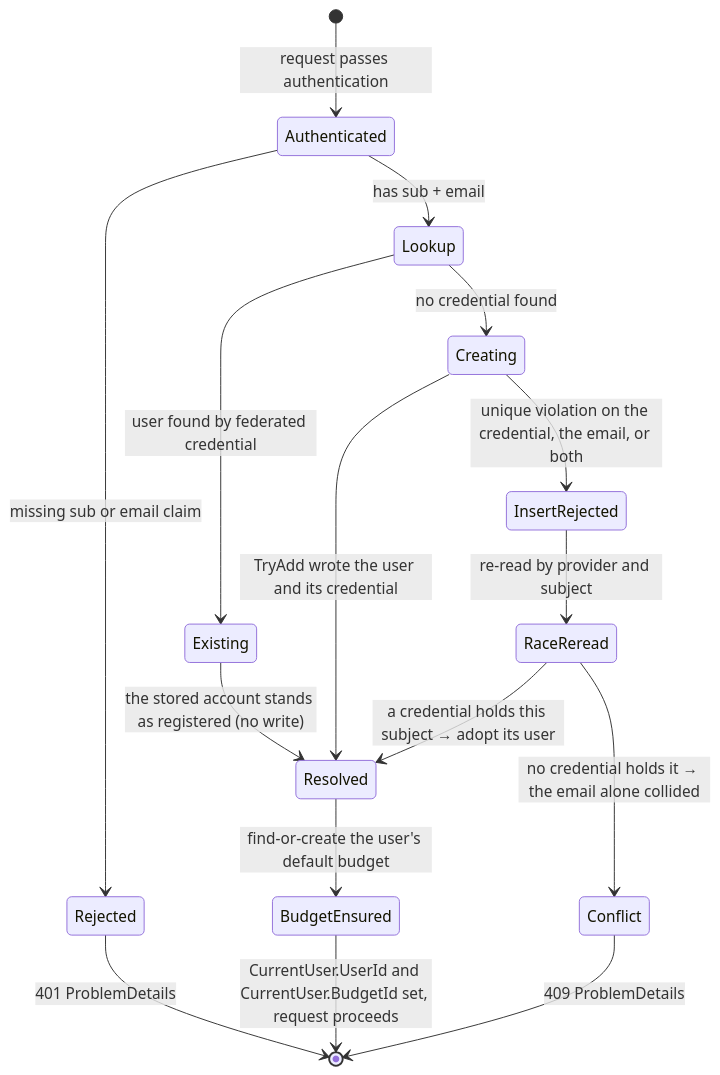
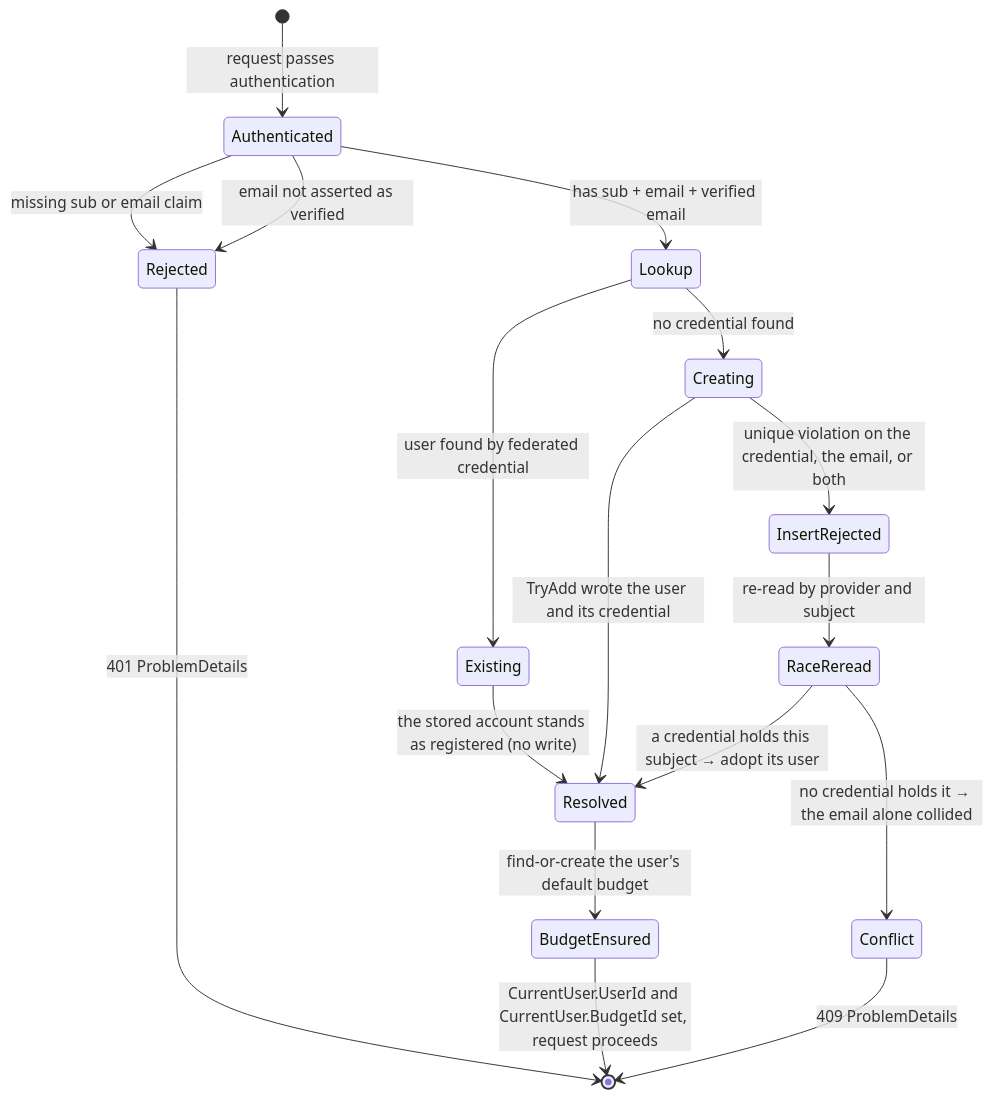
One commit to anton-kochev/budgetoid changed the second of 2 diagrams in docs/business-logic/users-and-ownership.md. Above: the diagram before and after it, drawn with Mermaid. The commit also changed other lines of this file and 5 other files, not shown here.

````diff
--- a/docs/business-logic/users-and-ownership.md
+++ b/docs/business-logic/users-and-ownership.md
@@ -315,18 +329,19 @@
 ```mermaid
 stateDiagram-v2
     [*] --> Authenticated : request passes authentication
     Authenticated --> Rejected : missing sub or email claim
-    Authenticated --> Lookup : has sub + email
+    Authenticated --> Rejected : email not asserted as verified
+    Authenticated --> Lookup : has sub + email + verified email
     Lookup --> Existing : user found by federated credential
     Lookup --> Creating : no credential found
     Existing --> Resolved : the stored account stands as registered (no write)
     Creating --> Resolved : TryAdd wrote the user and its credential
     Creating --> InsertRejected : unique violation on the credential, the email, or both
     InsertRejected --> RaceReread : re-read by provider and subject
     RaceReread --> Resolved : a credential holds this subject → adopt its user
     RaceReread --> Conflict : no credential holds it → the email alone collided
     Resolved --> BudgetEnsured : find-or-create the user's default budget
     BudgetEnsured --> [*] : CurrentUser.UserId and CurrentUser.BudgetId set, request proceeds
     Rejected --> [*] : 401 ProblemDetails
     Conflict --> [*] : 409 ProblemDetails
 ```
````
